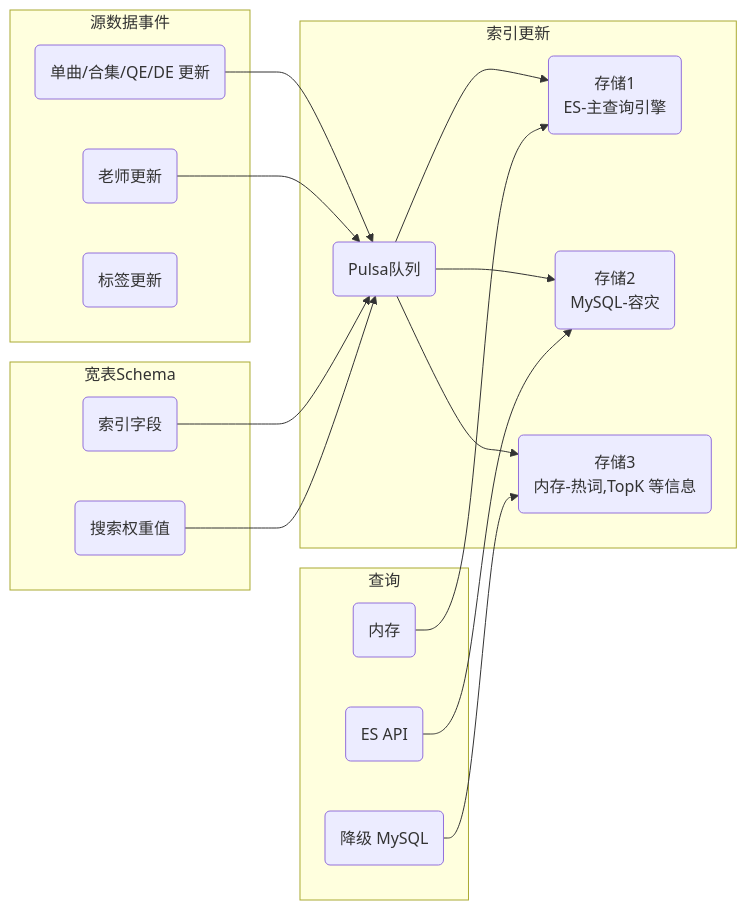
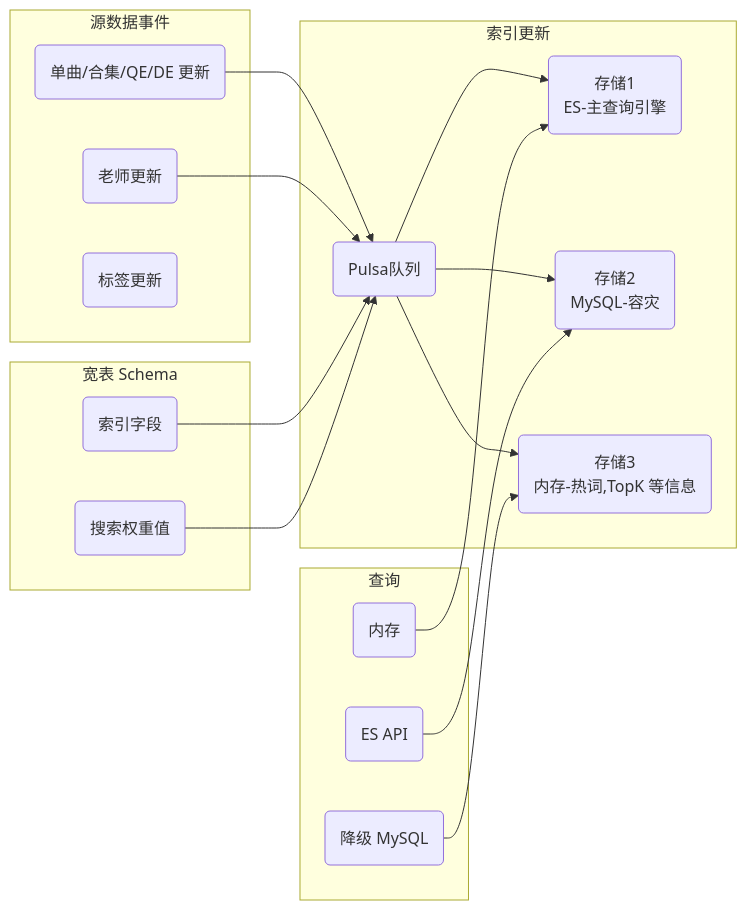
The second of 2 diagrams in _posts/2021-09-01-all-for-search.md (dengqinghua/dengqinghua.github.io), drawn with Mermaid before and after one commit. The commit also changed other lines of this file and 39 other files, not shown here.

```diff
--- a/_posts/2021-09-01-all-for-search.md
+++ b/_posts/2021-09-01-all-for-search.md
@@ -55,28 +159,28 @@
 <div class="mermaid" markdown="0">
 graph LR
     subgraph 查询
       cache(内存);
       es(ES API);
       MySQL(降级 MySQL);
     end
     subgraph 索引更新
       EventHandler(Pulsa队列);
       storage1(存储1 <br > ES-主查询引擎);
       storage2(存储2 <br > MySQL-容灾);
       storage3(存储3 <br > 内存-热词,TopK 等信息);
     end
     subgraph 源数据事件
       event1(单曲/合集/QE/DE 更新);
       event2(老师更新);
       event3(标签更新);
     end
-    subgraph 宽表Schema
+    subgraph 宽表 Schema
       field(索引字段);
       weight(搜索权重值);
     end
 
     event1 & event2 & field & weight-->EventHandler-->storage1 & storage2 & storage3;
     cache-->storage1;
     es-->storage2;
     MySQL-->storage3;
 </div>
```
